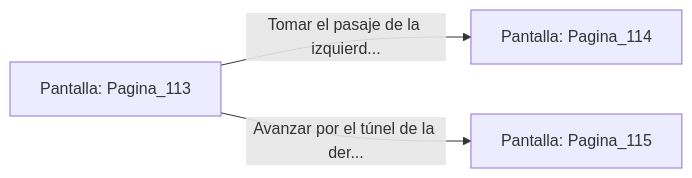
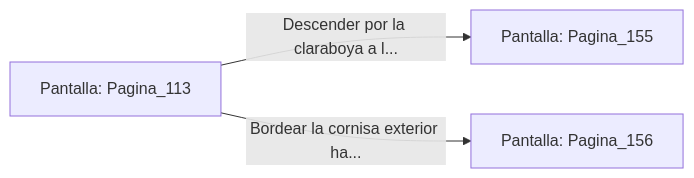
The diagram in sample/eligejuego-vault/Pantalla_Pagina_113.md (metsuke/mpl), drawn with Mermaid before and after one commit. The commit also changed other lines of this file and 635 other files, not shown here.

First line of the commit message:
fix: añadir Pagina_1 como pantalla inicial en capitulo_01.mpl

````diff
--- a/sample/eligejuego-vault/Pantalla_Pagina_113.md
+++ b/sample/eligejuego-vault/Pantalla_Pagina_113.md
@@ -20,6 +24,6 @@
 ```mermaid
 graph LR
     P_Pagina_113["Pantalla: Pagina_113"]
-    P_Pagina_113 -->|"Tomar el pasaje de la izquierd..."| P_Pagina_114["Pantalla: Pagina_114"]
-    P_Pagina_113 -->|"Avanzar por el túnel de la der..."| P_Pagina_115["Pantalla: Pagina_115"]
+    P_Pagina_113 -->|"Descender por la claraboya a l..."| P_Pagina_155["Pantalla: Pagina_155"]
+    P_Pagina_113 -->|"Bordear la cornisa exterior ha..."| P_Pagina_156["Pantalla: Pagina_156"]
 ```
````
